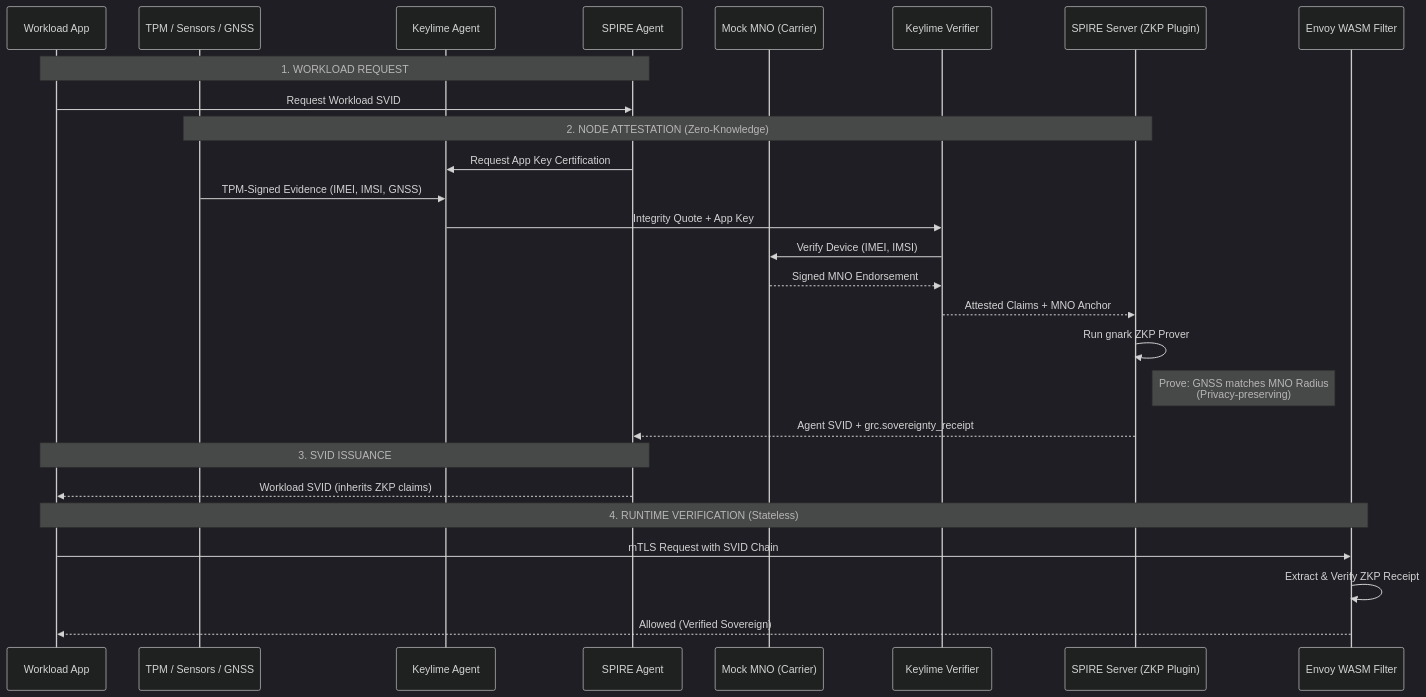
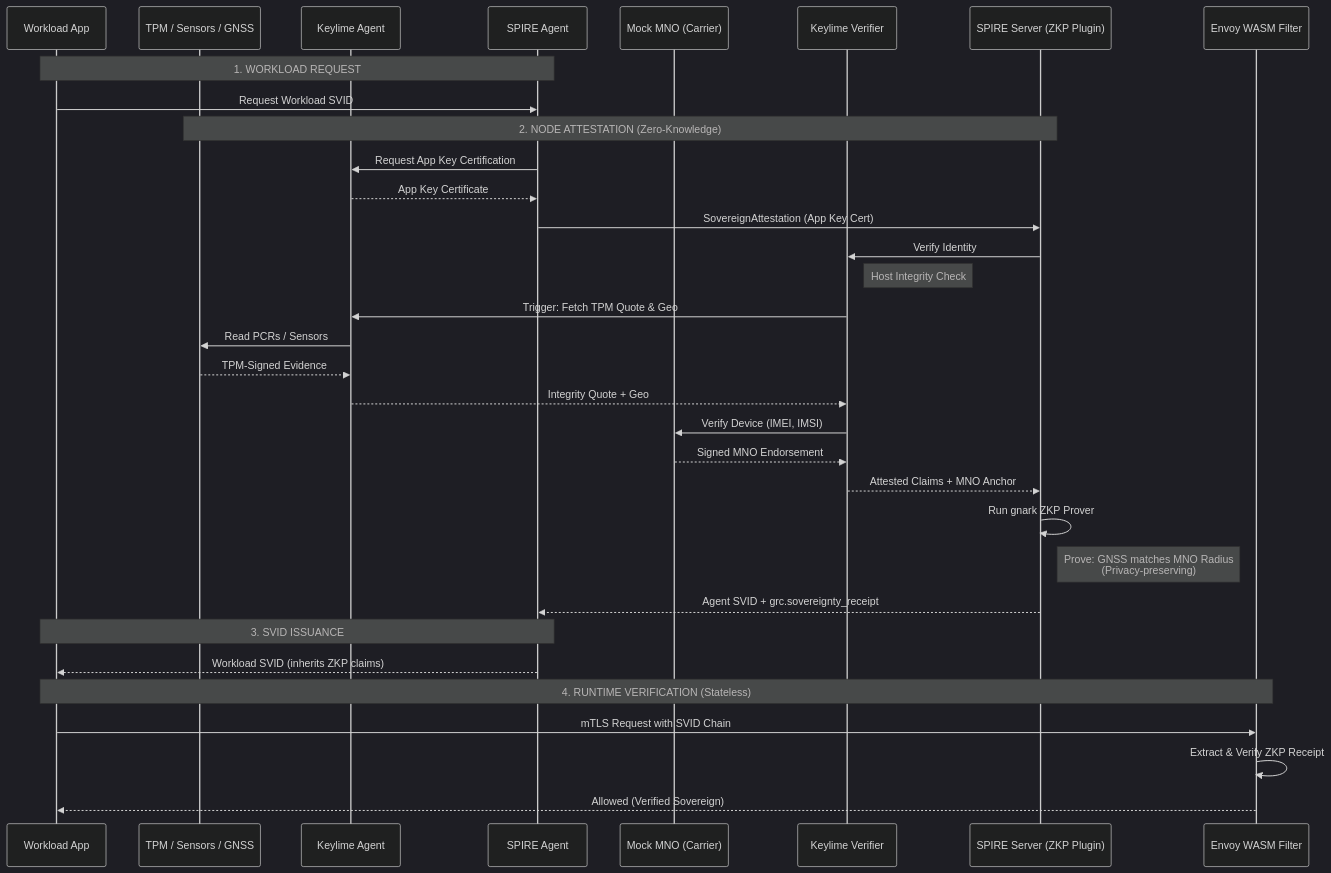
The diagram in hybrid-cloud-poc/README-arch-sovereign-unified-identity.md (lfedgeai/AegisEdgeAI), drawn with Mermaid (dark theme) before and after one commit.

Commit message:
docs: update architecture diagram to clarify Verifier-driven attestation flow

````diff
--- a/hybrid-cloud-poc/README-arch-sovereign-unified-identity.md
+++ b/hybrid-cloud-poc/README-arch-sovereign-unified-identity.md
@@ -1618,35 +1618,43 @@
 ```mermaid
 sequenceDiagram
     participant Workload as Workload App
     participant Hardware as TPM / Sensors / GNSS
     participant KAgent as Keylime Agent
     participant Agent as SPIRE Agent
     participant MNO as Mock MNO (Carrier)
     participant Verifier as Keylime Verifier
     participant Server as SPIRE Server (ZKP Plugin)
     participant Envoy as Envoy WASM Filter
 
     Note over Workload, Agent: 1. WORKLOAD REQUEST
     Workload->>Agent: Request Workload SVID
     
     Note over Hardware, Server: 2. NODE ATTESTATION (Zero-Knowledge)
     Agent->>KAgent: Request App Key Certification
-    Hardware->>KAgent: TPM-Signed Evidence (IMEI, IMSI, GNSS)
-    KAgent->>Verifier: Integrity Quote + App Key
+    KAgent-->>Agent: App Key Certificate
+    Agent->>Server: SovereignAttestation (App Key Cert)
+    Server->>Verifier: Verify Identity
+    
+    Note right of Verifier: Host Integrity Check
+    Verifier->>KAgent: Trigger: Fetch TPM Quote & Geo
+    KAgent->>Hardware: Read PCRs / Sensors
+    Hardware-->>KAgent: TPM-Signed Evidence
+    KAgent-->>Verifier: Integrity Quote + Geo
+    
     Verifier->>MNO: Verify Device (IMEI, IMSI)
     MNO-->>Verifier: Signed MNO Endorsement
     Verifier-->>Server: Attested Claims + MNO Anchor
     
     Server->>Server: Run gnark ZKP Prover
     Note right of Server: Prove: GNSS matches MNO Radius<br/>(Privacy-preserving)
     
     Server-->>Agent: Agent SVID + grc.sovereignty_receipt
     
     Note over Workload, Agent: 3. SVID ISSUANCE
     Agent-->>Workload: Workload SVID (inherits ZKP claims)
     
     Note over Workload, Envoy: 4. RUNTIME VERIFICATION (Stateless)
     Workload->>Envoy: mTLS Request with SVID Chain
     Envoy->>Envoy: Extract & Verify ZKP Receipt
     Envoy-->>Workload: Allowed (Verified Sovereign)
 ```
````
